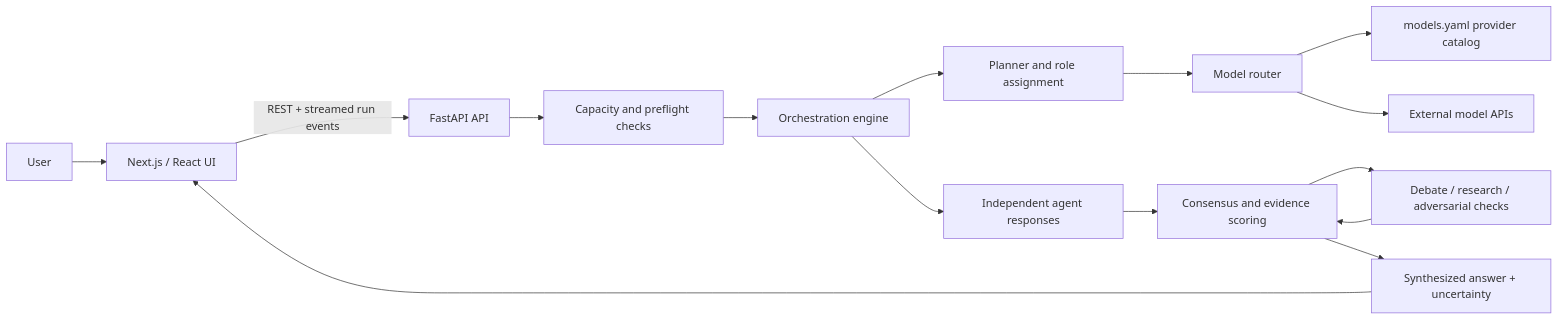
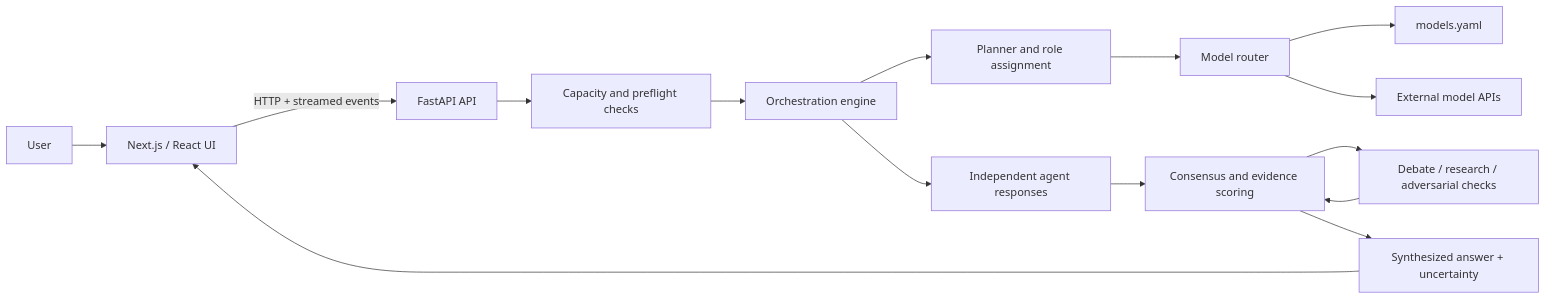
The diagram in README.md (anubhab7105/Assembly), drawn with Mermaid before and after one commit. The commit also changed other lines of this file, not shown here.

````diff
--- a/README.md
+++ b/README.md
@@ -28,17 +22,17 @@
 ```mermaid
 flowchart LR
     User[User] --> UI[Next.js / React UI]
-    UI -->|REST + streamed run events| API[FastAPI API]
+    UI -->|HTTP + streamed events| API[FastAPI API]
     API --> Preflight[Capacity and preflight checks]
     Preflight --> Orchestrator[Orchestration engine]
     Orchestrator --> Planner[Planner and role assignment]
     Planner --> Router[Model router]
-    Router --> Catalog[models.yaml provider catalog]
+    Router --> Catalog[models.yaml]
     Router --> Providers[External model APIs]
     Orchestrator --> Solve[Independent agent responses]
     Solve --> Consensus[Consensus and evidence scoring]
     Consensus --> Debate[Debate / research / adversarial checks]
     Debate --> Consensus
     Consensus --> Synthesis[Synthesized answer + uncertainty]
     Synthesis --> UI
 ```
````
